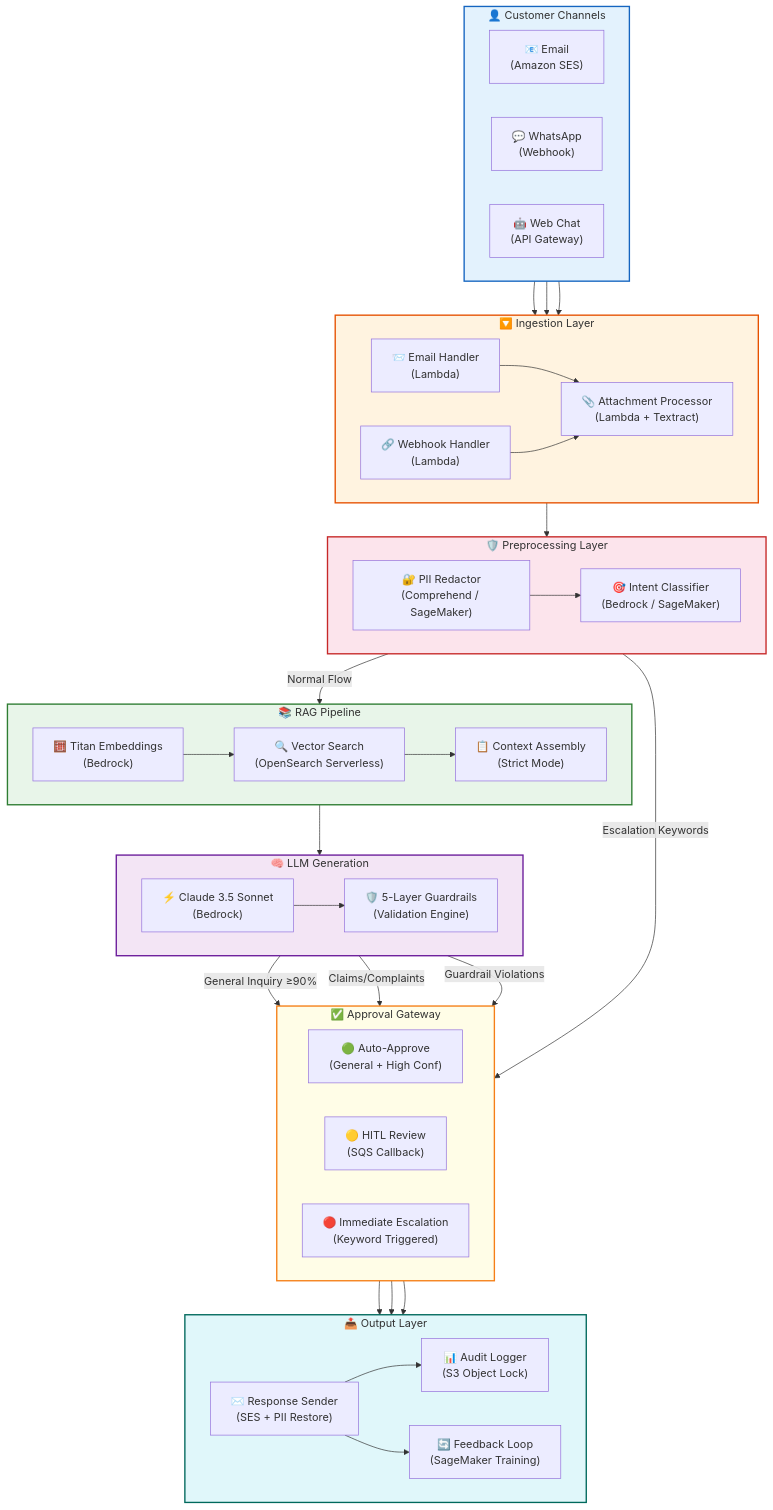
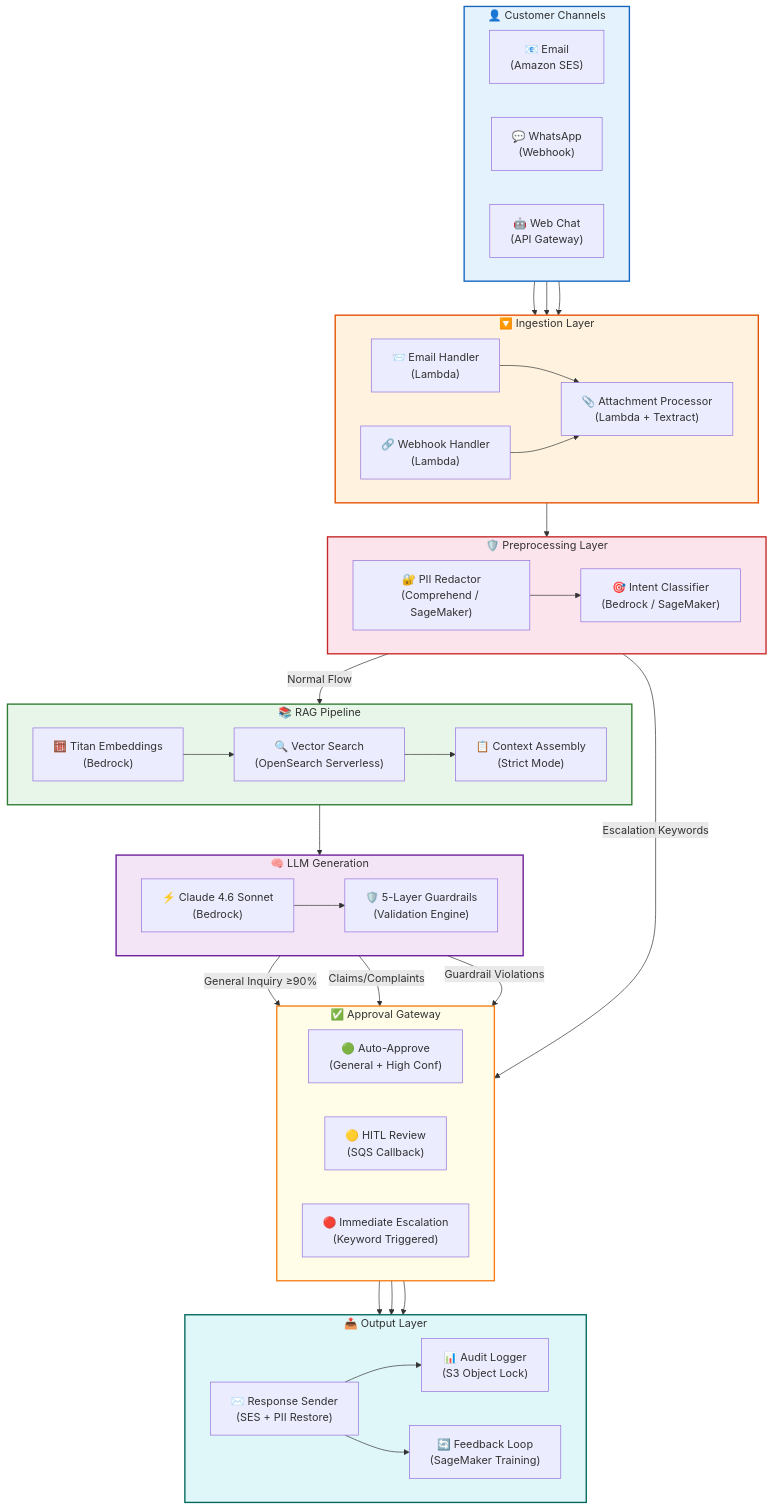
The second of 14 diagrams in docs/ARCHITECTURE.md (pankajshakya627/rag-insurance-support-agent), drawn with Mermaid before and after one commit. The commit also changed other lines of this file, not shown here.

Commit message:
update architecture

````diff
--- a/docs/ARCHITECTURE.md
+++ b/docs/ARCHITECTURE.md
@@ -11,79 +94,79 @@
 ```mermaid
 graph TB
     subgraph CUSTOMERS["👤 Customer Channels"]
         direction LR
         EMAIL["📧 Email<br/>(Amazon SES)"]
         WHATSAPP["💬 WhatsApp<br/>(Webhook)"]
         CHATBOT["🤖 Web Chat<br/>(API Gateway)"]
     end
 
     subgraph INGESTION["🔽 Ingestion Layer"]
         direction LR
         SES_HANDLER["📨 Email Handler<br/>(Lambda)"]
         WEBHOOK_HANDLER["🔗 Webhook Handler<br/>(Lambda)"]
         ATTACH_PROC["📎 Attachment Processor<br/>(Lambda + Textract)"]
     end
 
     subgraph PREPROCESSING["🛡️ Preprocessing Layer"]
         direction LR
         PII_REDACT["🔐 PII Redactor<br/>(Comprehend / SageMaker)"]
         INTENT_CLASS["🎯 Intent Classifier<br/>(Bedrock / SageMaker)"]
     end
 
     subgraph RAG_LAYER["📚 RAG Pipeline"]
         direction LR
         EMBEDDINGS["🧮 Titan Embeddings<br/>(Bedrock)"]
         VECTOR_SEARCH["🔍 Vector Search<br/>(OpenSearch Serverless)"]
         CONTEXT_ASSEMBLY["📋 Context Assembly<br/>(Strict Mode)"]
     end
 
     subgraph LLM_LAYER["🧠 LLM Generation"]
         direction LR
-        GENERATOR["⚡ Claude 3.5 Sonnet<br/>(Bedrock)"]
+        GENERATOR["⚡ Claude 4.6 Sonnet<br/>(Bedrock)"]
         GUARDRAILS["🛡️ 5-Layer Guardrails<br/>(Validation Engine)"]
     end
 
     subgraph APPROVAL["✅ Approval Gateway"]
         direction LR
         AUTO["🟢 Auto-Approve<br/>(General + High Conf)"]
         HITL["🟡 HITL Review<br/>(SQS Callback)"]
         ESCALATE["🔴 Immediate Escalation<br/>(Keyword Triggered)"]
     end
 
     subgraph OUTPUT["📤 Output Layer"]
         direction LR
         RESPONSE_SENDER["✉️ Response Sender<br/>(SES + PII Restore)"]
         AUDIT["📊 Audit Logger<br/>(S3 Object Lock)"]
         FEEDBACK["🔄 Feedback Loop<br/>(SageMaker Training)"]
     end
 
     EMAIL --> SES_HANDLER
     WHATSAPP --> WEBHOOK_HANDLER
     CHATBOT --> WEBHOOK_HANDLER
     SES_HANDLER --> ATTACH_PROC
     WEBHOOK_HANDLER --> ATTACH_PROC
     ATTACH_PROC --> PII_REDACT
     PII_REDACT --> INTENT_CLASS
     INTENT_CLASS -->|"Escalation Keywords"| ESCALATE
     INTENT_CLASS -->|"Normal Flow"| EMBEDDINGS
     EMBEDDINGS --> VECTOR_SEARCH
     VECTOR_SEARCH --> CONTEXT_ASSEMBLY
     CONTEXT_ASSEMBLY --> GENERATOR
     GENERATOR --> GUARDRAILS
     GUARDRAILS -->|"General Inquiry ≥90%"| AUTO
     GUARDRAILS -->|"Claims/Complaints"| HITL
     GUARDRAILS -->|"Guardrail Violations"| HITL
     AUTO --> RESPONSE_SENDER
     HITL --> RESPONSE_SENDER
     ESCALATE --> RESPONSE_SENDER
     RESPONSE_SENDER --> AUDIT
     RESPONSE_SENDER --> FEEDBACK
 
     style CUSTOMERS fill:#E3F2FD,stroke:#1565C0,stroke-width:2px
     style INGESTION fill:#FFF3E0,stroke:#E65100,stroke-width:2px
     style PREPROCESSING fill:#FCE4EC,stroke:#C62828,stroke-width:2px
     style RAG_LAYER fill:#E8F5E9,stroke:#2E7D32,stroke-width:2px
     style LLM_LAYER fill:#F3E5F5,stroke:#6A1B9A,stroke-width:2px
     style APPROVAL fill:#FFFDE7,stroke:#F57F17,stroke-width:2px
     style OUTPUT fill:#E0F7FA,stroke:#00695C,stroke-width:2px
 ```
````
